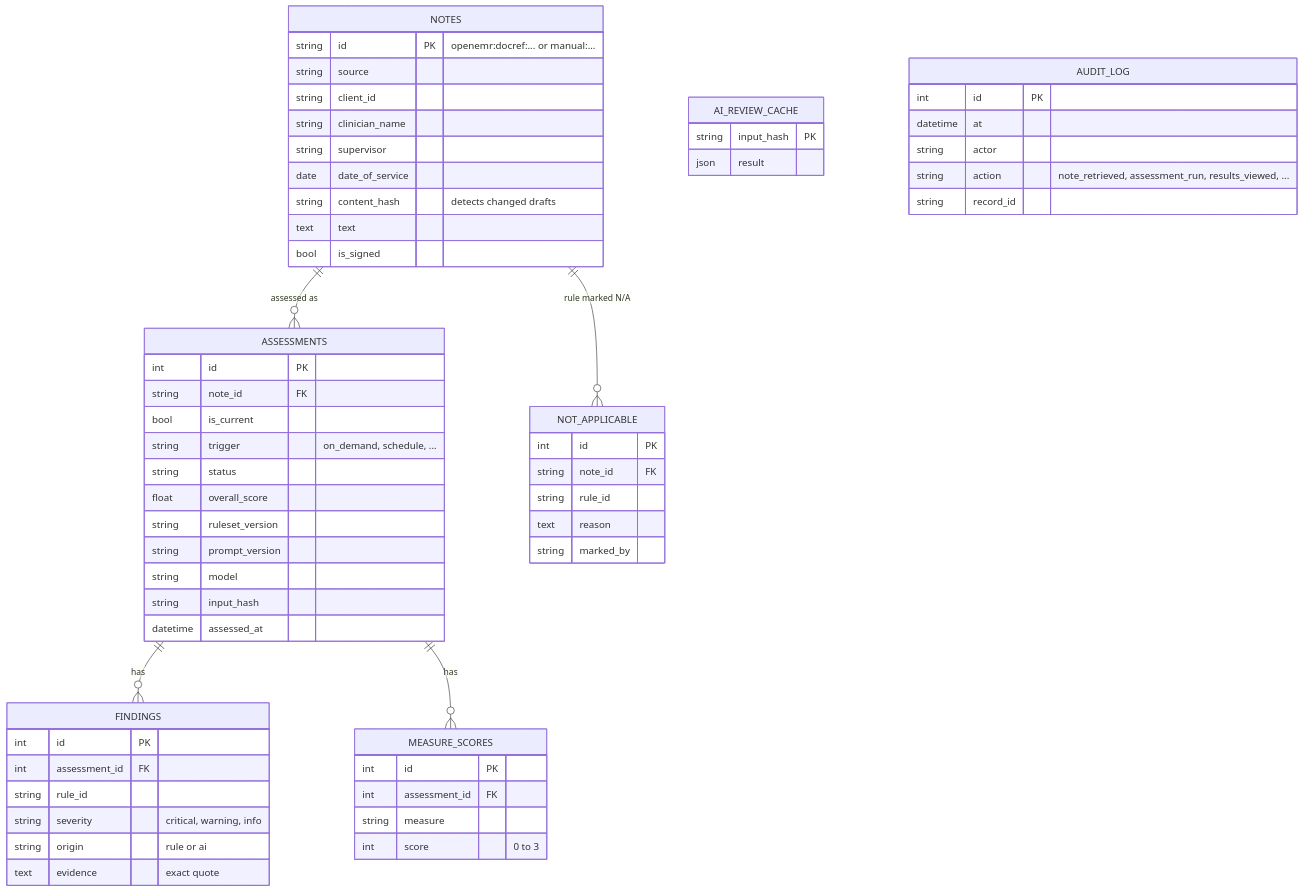
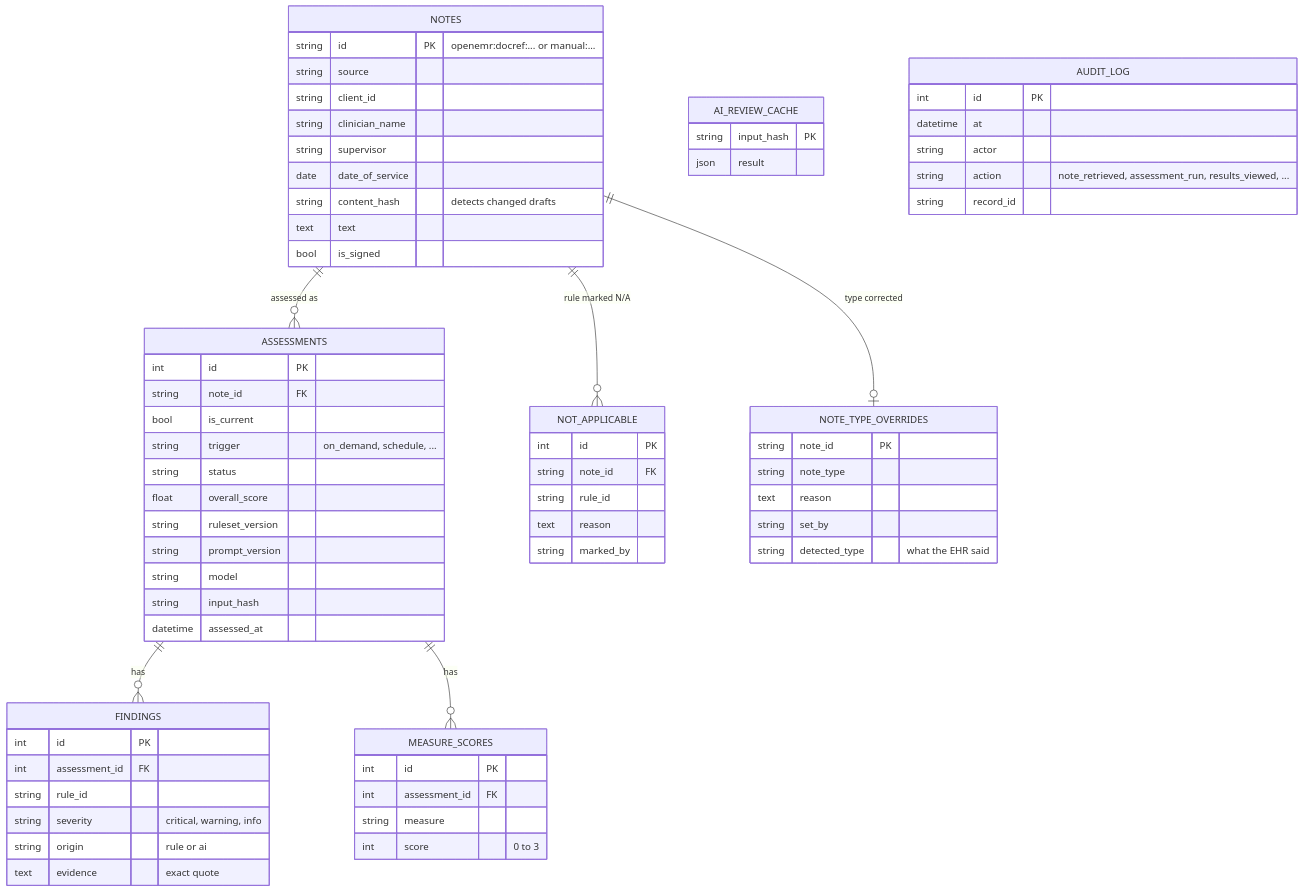
The sixth of 7 diagrams in docs/ARCHITECTURE.md (rajadurai-neu/NeuraTetra), drawn with Mermaid before and after one commit. The commit also changed other lines of this file and 33 other files, not shown here.

````diff
--- a/docs/ARCHITECTURE.md
+++ b/docs/ARCHITECTURE.md
@@ -246,63 +251,71 @@
 ```mermaid
 erDiagram
     NOTES ||--o{ ASSESSMENTS : "assessed as"
     ASSESSMENTS ||--o{ FINDINGS : has
     ASSESSMENTS ||--o{ MEASURE_SCORES : has
     NOTES ||--o{ NOT_APPLICABLE : "rule marked N/A"
+    NOTES ||--o| NOTE_TYPE_OVERRIDES : "type corrected"
     NOTES {
         string id PK "openemr:docref:... or manual:..."
         string source
         string client_id
         string clinician_name
         string supervisor
         date date_of_service
         string content_hash "detects changed drafts"
         text text
         bool is_signed
     }
     ASSESSMENTS {
         int id PK
         string note_id FK
         bool is_current
         string trigger "on_demand, schedule, ..."
         string status
         float overall_score
         string ruleset_version
         string prompt_version
         string model
         string input_hash
         datetime assessed_at
     }
     FINDINGS {
         int id PK
         int assessment_id FK
         string rule_id
         string severity "critical, warning, info"
         string origin "rule or ai"
         text evidence "exact quote"
     }
     MEASURE_SCORES {
         int id PK
         int assessment_id FK
         string measure
         int score "0 to 3"
     }
     NOT_APPLICABLE {
         int id PK
         string note_id FK
         string rule_id
         text reason
         string marked_by
     }
+    NOTE_TYPE_OVERRIDES {
+        string note_id PK
+        string note_type
+        text reason
+        string set_by
+        string detected_type "what the EHR said"
+    }
     AI_REVIEW_CACHE {
         string input_hash PK
         json result
     }
     AUDIT_LOG {
         int id PK
         datetime at
         string actor
         string action "note_retrieved, assessment_run, results_viewed, ..."
         string record_id
     }
 ```
````
